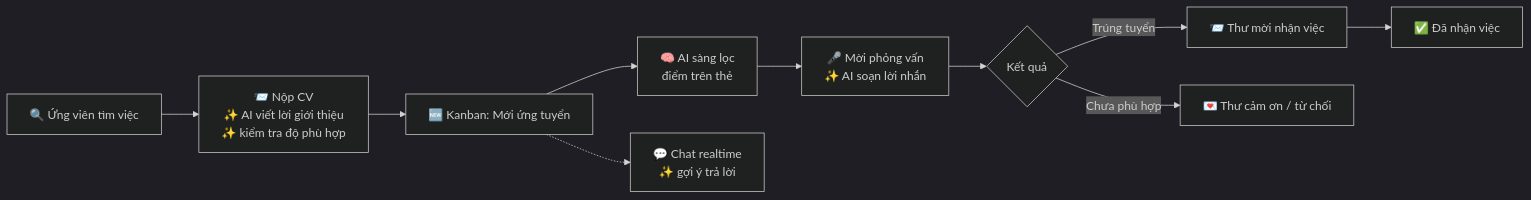
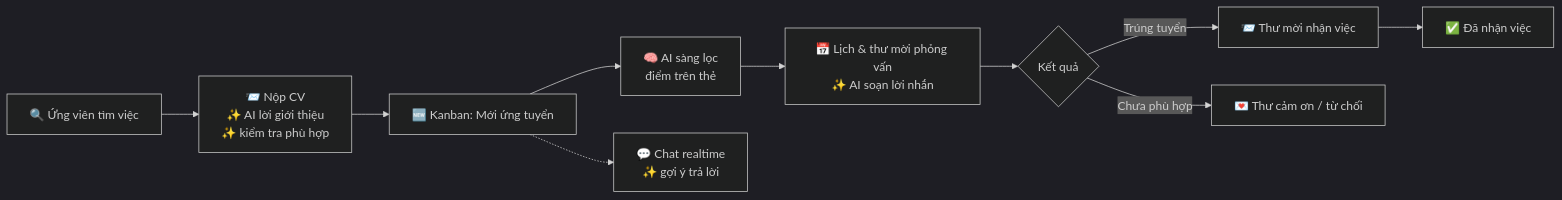
One commit to nguyentuanthien2384/DALN_JobFind changed the third of 3 diagrams in README.md. Above: the diagram before and after it, drawn with Mermaid (dark theme). The commit also changed other lines of this file and 19 other files, not shown here.

````diff
--- a/README.md
+++ b/README.md
@@ -341,12 +298,12 @@
 ```mermaid
 flowchart LR
-    A["🔍 Ứng viên tìm việc"] --> B["📨 Nộp CV<br/>✨ AI viết lời giới thiệu<br/>✨ kiểm tra độ phù hợp"]
+    A["🔍 Ứng viên tìm việc"] --> B["📨 Nộp CV<br/>✨ AI lời giới thiệu<br/>✨ kiểm tra phù hợp"]
     B --> C["🆕 Kanban: Mới ứng tuyển"]
     C --> D["🧠 AI sàng lọc<br/>điểm trên thẻ"]
-    D --> E["🎤 Mời phỏng vấn<br/>✨ AI soạn lời nhắn"]
+    D --> E["📅 Lịch & thư mời phỏng vấn<br/>✨ AI soạn lời nhắn"]
     E --> F{"Kết quả"}
     F -->|Trúng tuyển| G["📨 Thư mời nhận việc"]
     F -->|Chưa phù hợp| H["💌 Thư cảm ơn / từ chối"]
     G --> I["✅ Đã nhận việc"]
     C -.-> J["💬 Chat realtime<br/>✨ gợi ý trả lời"]
 ```
````
